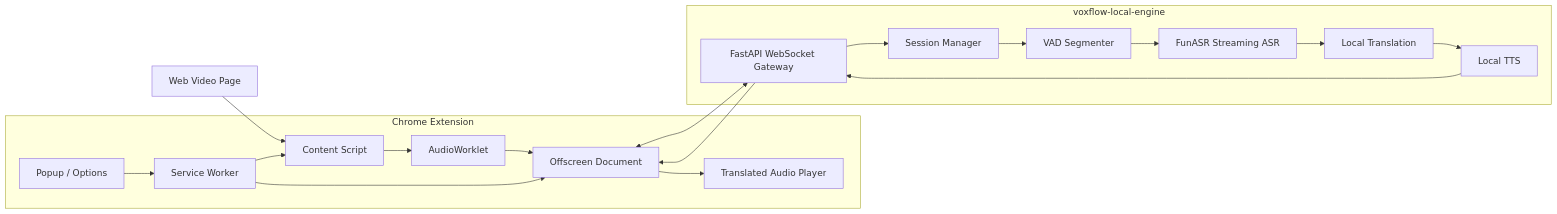
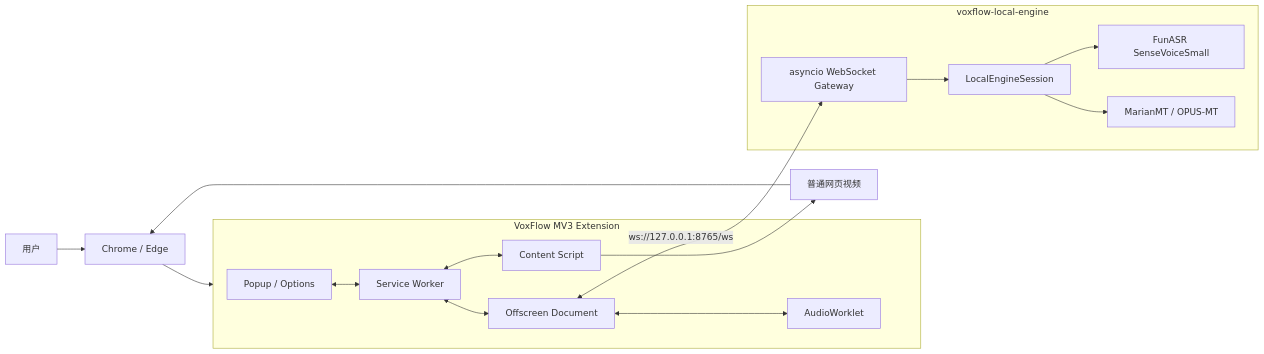
Before and after one commit to xiaohao-1337/voxflow: the first of 7 diagrams in ARCHITECTURE.md, drawn with Mermaid. The commit also changed other lines of this file and 1 other file, not shown here.

Commit message:
docs: refresh architecture and getting started guides

````diff
--- a/ARCHITECTURE.md
+++ b/ARCHITECTURE.md
@@ -83,36 +94,31 @@
 ```mermaid
 flowchart LR
-  subgraph Browser["Chrome Extension"]
+  User["用户"] --> Browser["Chrome / Edge"]
+  Page["普通网页视频"] --> Browser
+
+  subgraph Extension["VoxFlow MV3 Extension"]
     Popup["Popup / Options"]
     SW["Service Worker"]
-    CS["Content Script"]
-    OD["Offscreen Document"]
-    AW["AudioWorklet"]
-    Player["Translated Audio Player"]
+    Content["Content Script"]
+    Offscreen["Offscreen Document"]
+    Worklet["AudioWorklet"]
   end
 
-  subgraph Local["voxflow-local-engine"]
-    WS["FastAPI WebSocket Gateway"]
-    Session["Session Manager"]
-    VAD["VAD Segmenter"]
-    ASR["FunASR Streaming ASR"]
-    MT["Local Translation"]
-    TTS["Local TTS"]
+  subgraph Engine["voxflow-local-engine"]
+    Gateway["asyncio WebSocket Gateway"]
+    Session["LocalEngineSession"]
+    ASR["FunASR SenseVoiceSmall"]
+    MT["MarianMT / OPUS-MT"]
   end
 
-  Page["Web Video Page"] --> CS
-  CS --> AW
-  AW --> OD
-  OD <--> WS
-  WS --> Session
-  Session --> VAD
-  VAD --> ASR
-  ASR --> MT
-  MT --> TTS
-  TTS --> WS
-  WS --> OD
-  OD --> Player
-  Popup --> SW
-  SW --> CS
-  SW --> OD
+  Browser --> Extension
+  Popup <--> SW
+  SW <--> Content
+  SW <--> Offscreen
+  Offscreen <--> Worklet
+  Offscreen <-->|"ws://127.0.0.1:8765/ws"| Gateway
+  Gateway --> Session
+  Session --> ASR
+  Session --> MT
+  Content --> Page
 ```
````
